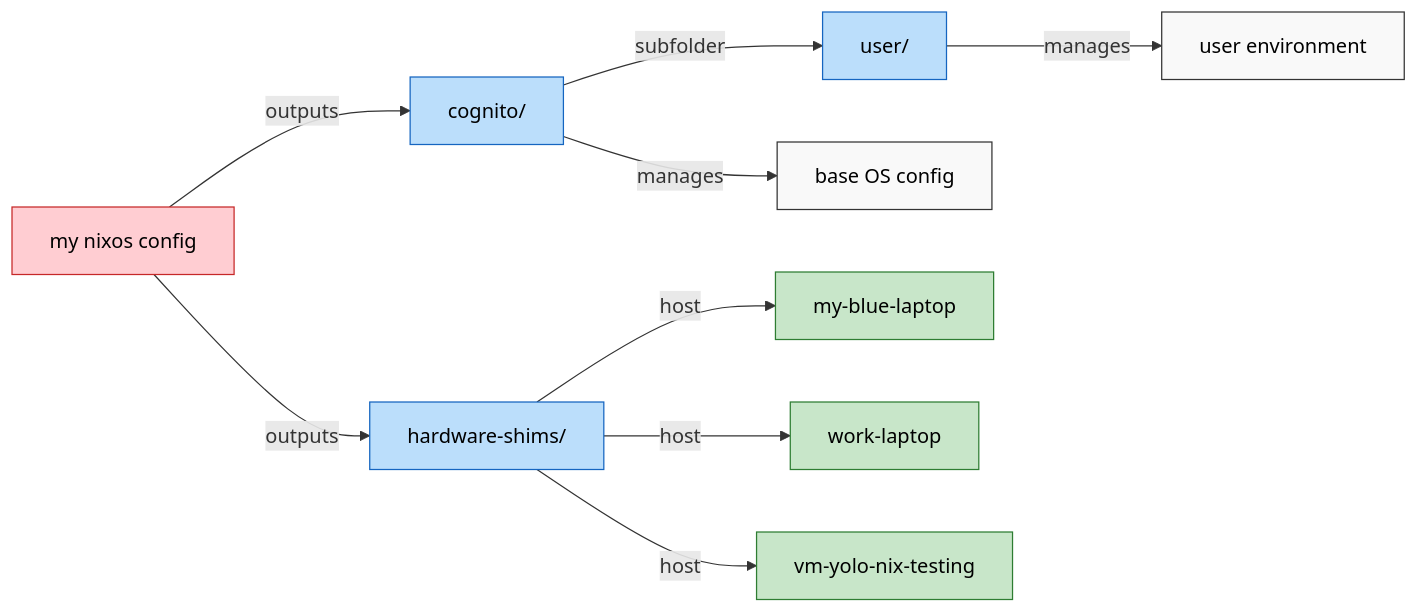
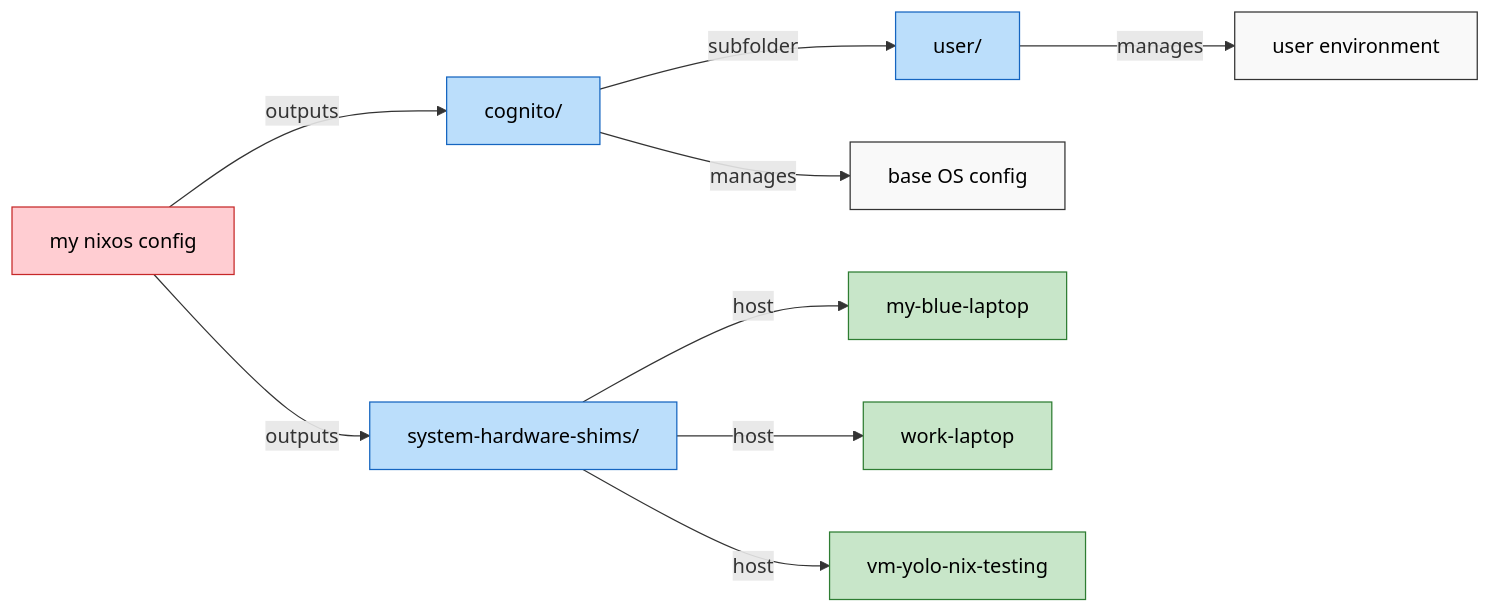
Before and after one commit to zitongcharliedeng/cognito: the diagram in README.md, drawn with Mermaid. The commit also changed other lines of this file and 6 other files, not shown here.

Commit message:
refactor: rename hosts directory to system-hardware-shims and update related configurations for improved clarity and organization

````diff
--- a/README.md
+++ b/README.md
@@ -13,28 +13,28 @@
 ```mermaid
 flowchart LR
     C[my nixos config]
     C -->|outputs| D[cognito/]
     D -->|subfolder| E[user/]
-    C -->|outputs| G[hardware-shims/]
+    C -->|outputs| G[system-hardware-shims/]
 
     D -->|manages| H[base OS config]
     E -->|manages| I[user environment]
     G -->|host| K[my-blue-laptop]
     G -->|host| L[work-laptop]
     G -->|host| M[vm-yolo-nix-testing]
 
     classDef default fill:#f9f9f9,stroke:#333,stroke-width:1px,color:#000;
     classDef source fill:#b3e5fc,stroke:#0277bd,color:#000;
     classDef pkg fill:#ffcdd2,stroke:#c62828,color:#000;
     classDef sys fill:#bbdefb,stroke:#1565c0,color:#000;
     classDef host fill:#c8e6c9,stroke:#2e7d32,color:#000;
     classDef feature fill:#f0e68c,stroke:#c0a000,color:#000;
 
     C:::pkg
     D:::sys
     E:::sys
     G:::sys
     K:::host
     L:::host
     M:::host
 ```
````
